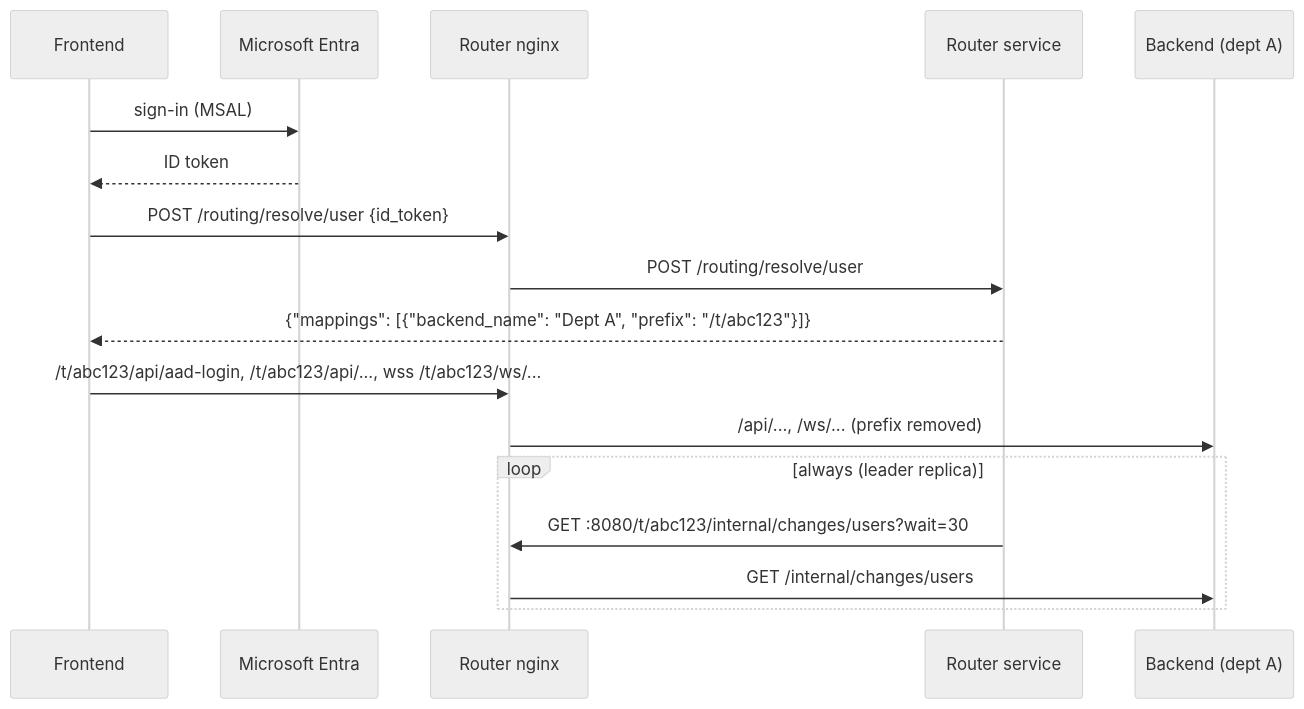
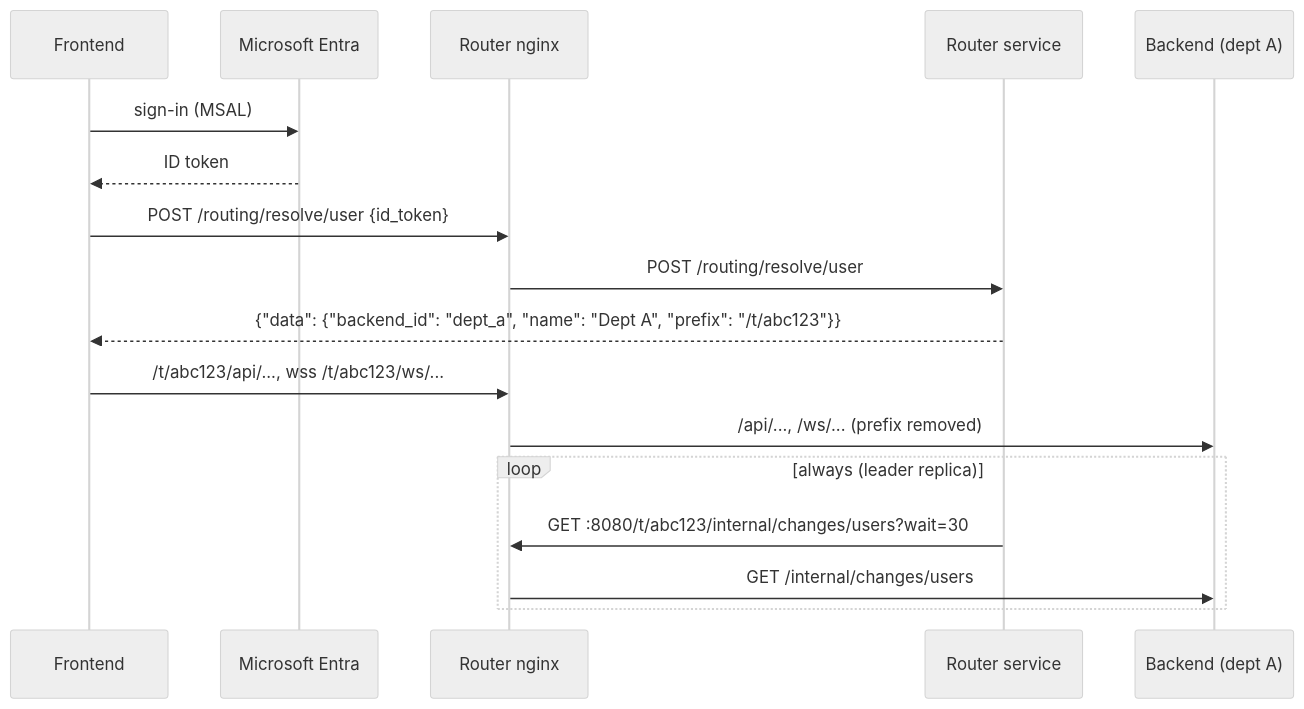
The diagram in docs/DEPLOYMENT.md (angustino88/router), drawn with Mermaid (neutral theme) before and after one commit. The commit also changed other lines of this file and 62 other files, not shown here.

````diff
--- a/docs/DEPLOYMENT.md
+++ b/docs/DEPLOYMENT.md
@@ -23,19 +13,19 @@
 ```mermaid
 sequenceDiagram
     participant FE as Frontend
     participant MS as Microsoft Entra
     participant NG as Router nginx
     participant RT as Router service
     participant BE as Backend (dept A)
     FE->>MS: sign-in (MSAL)
     MS-->>FE: ID token
     FE->>NG: POST /routing/resolve/user {id_token}
     NG->>RT: POST /routing/resolve/user
-    RT-->>FE: {"mappings": [{"backend_name": "Dept A", "prefix": "/t/abc123"}]}
-    FE->>NG: /t/abc123/api/aad-login, /t/abc123/api/..., wss /t/abc123/ws/...
+    RT-->>FE: {"data": {"backend_id": "dept_a", "name": "Dept A", "prefix": "/t/abc123"}}
+    FE->>NG: /t/abc123/api/..., wss /t/abc123/ws/...
     NG->>BE: /api/..., /ws/... (prefix removed)
     loop always (leader replica)
         RT->>NG: GET :8080/t/abc123/internal/changes/users?wait=30
         NG->>BE: GET /internal/changes/users
     end
 ```
````
